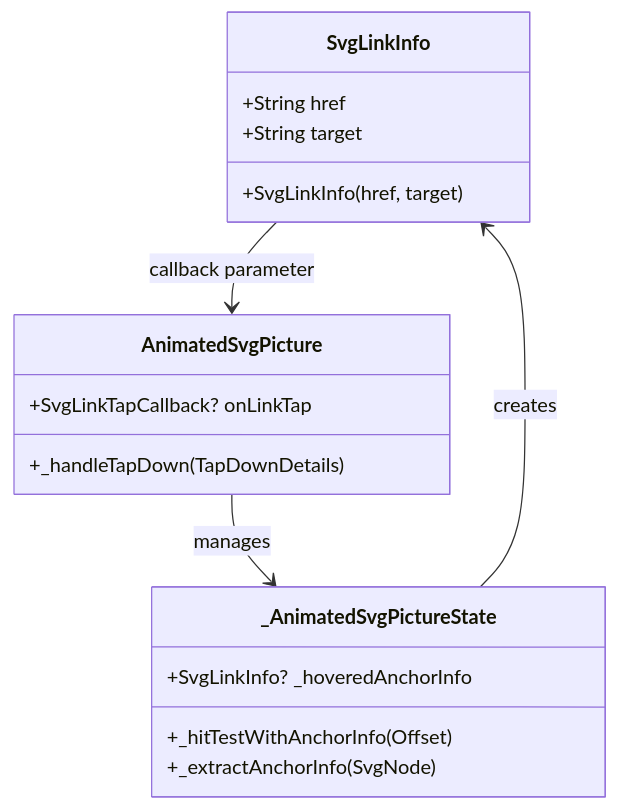
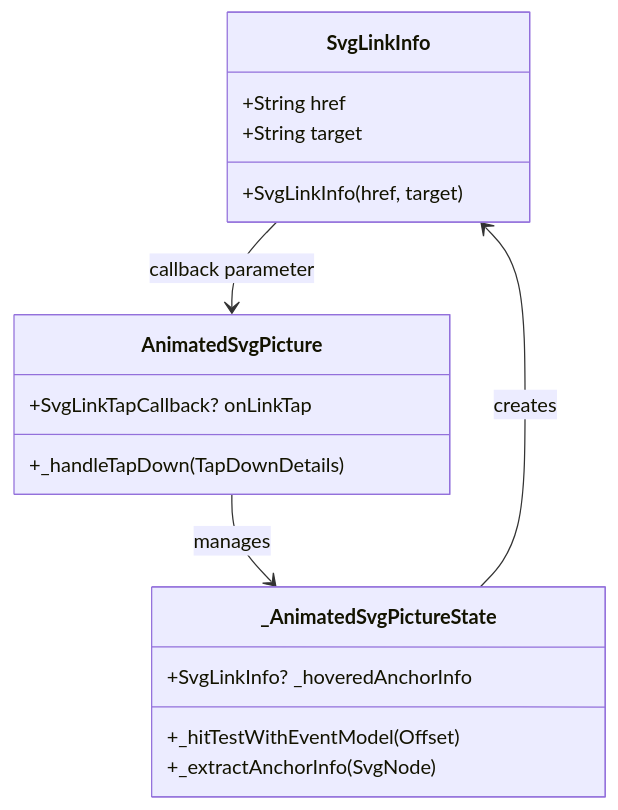
Before and after one commit to denisnadey/flutter_full_svg_support: diagram 13 of 18 in .qoder/repowiki/en/content/Advanced Features/Interactive SVG Elements.md, drawn with Mermaid. The commit also changed other lines of this file and 20 other files, not shown here.

````diff
--- a/.qoder/repowiki/en/content/Advanced Features/Interactive SVG Elements.md
+++ b/.qoder/repowiki/en/content/Advanced Features/Interactive SVG Elements.md
@@ -526,20 +648,20 @@
 ```mermaid
 classDiagram
 class SvgLinkInfo {
 +String href
 +String target
 +SvgLinkInfo(href, target)
 }
 class AnimatedSvgPicture {
 +SvgLinkTapCallback? onLinkTap
 +_handleTapDown(TapDownDetails)
 }
 class _AnimatedSvgPictureState {
 +SvgLinkInfo? _hoveredAnchorInfo
-+_hitTestWithAnchorInfo(Offset)
++_hitTestWithEventModel(Offset)
 +_extractAnchorInfo(SvgNode)
 }
 SvgLinkInfo --> AnimatedSvgPicture : callback parameter
 AnimatedSvgPicture --> _AnimatedSvgPictureState : manages
 _AnimatedSvgPictureState --> SvgLinkInfo : creates
 ```
````
